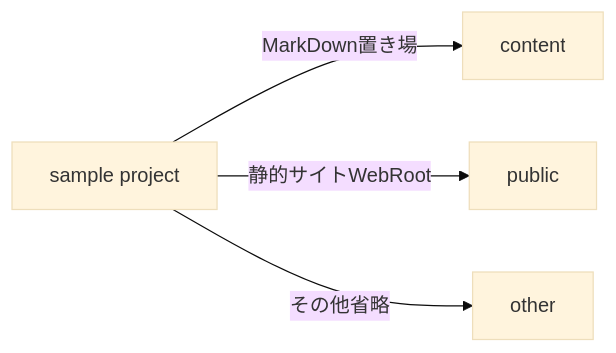
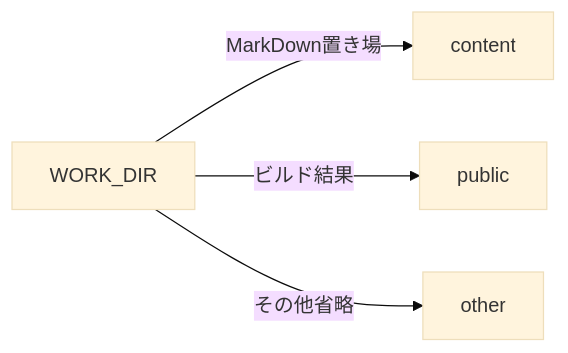
The diagram in docs-src/content/install/page-3.md (framelunch/docs), drawn with Mermaid (base theme) before and after one commit. The commit also changed other lines of this file and 4 other files, not shown here.

```diff
--- a/docs-src/content/install/page-3.md
+++ b/docs-src/content/install/page-3.md
@@ -21,9 +20,9 @@
 {{<mermaid align="left">}}
 graph LR;
-    A[sample project] --> |MarkDown置き場| B
-    A[sample project] --> |静的サイトWebRoot| C
-    A[sample project] --> |その他省略| D
+    A[WORK_DIR] --> |MarkDown置き場| B
+    A[WORK_DIR] --> |ビルド結果| C
+    A[WORK_DIR] --> |その他省略| D
     B[content]
     C[public]
     D[other]
 {{< /mermaid >}}
```
